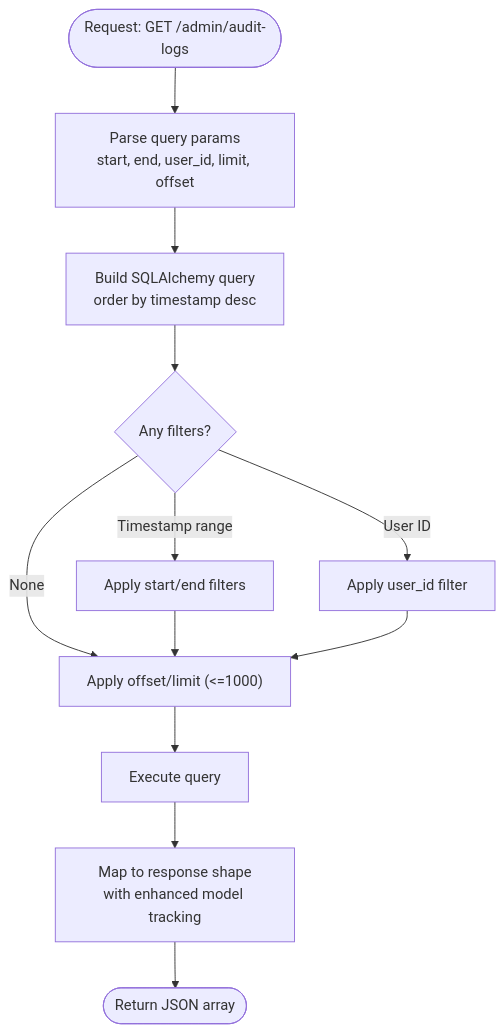
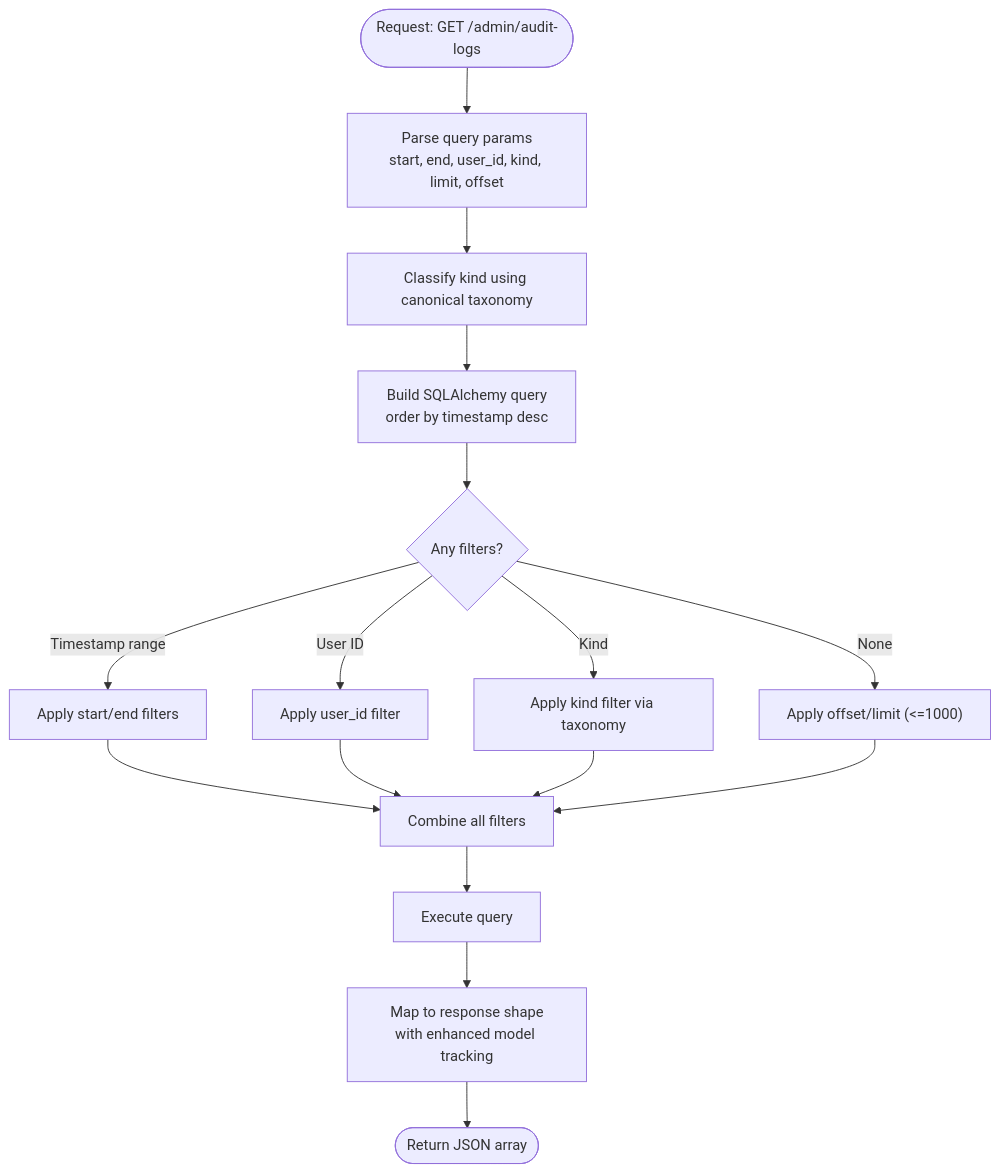
One commit to genes8/private-ai changed the fourth of 12 diagrams in .qoder/repowiki/en/content/API Reference/Administrative API/Audit and Monitoring API.md. Above: the diagram before and after it, drawn with Mermaid. The commit also changed other lines of this file and 36 other files, not shown here.

````diff
--- a/.qoder/repowiki/en/content/API Reference/Administrative API/Audit and Monitoring API.md
+++ b/.qoder/repowiki/en/content/API Reference/Administrative API/Audit and Monitoring API.md
@@ -200,14 +281,18 @@
 ```mermaid
 flowchart TD
-Start(["Request: GET /admin/audit-logs"]) --> Parse["Parse query params<br/>start, end, user_id, limit, offset"]
-Parse --> Build["Build SQLAlchemy query<br/>order by timestamp desc"]
+Start(["Request: GET /admin/audit-logs"]) --> Parse["Parse query params<br/>start, end, user_id, kind, limit, offset"]
+Parse --> Classify["Classify kind using canonical taxonomy"]
+Classify --> Build["Build SQLAlchemy query<br/>order by timestamp desc"]
 Build --> Filters{"Any filters?"}
 Filters --> |Timestamp range| ApplyTS["Apply start/end filters"]
 Filters --> |User ID| ApplyUser["Apply user_id filter"]
+Filters --> |Kind| ApplyKind["Apply kind filter via taxonomy"]
 Filters --> |None| Paginate["Apply offset/limit (<=1000)"]
-ApplyTS --> Paginate
-ApplyUser --> Paginate
-Paginate --> Exec["Execute query"]
+ApplyTS --> Combine["Combine all filters"]
+ApplyUser --> Combine
+ApplyKind --> Combine
+Paginate --> Combine
+Combine --> Exec["Execute query"]
 Exec --> Map["Map to response shape<br/>with enhanced model tracking"]
 Map --> End(["Return JSON array"])
 ```
````
